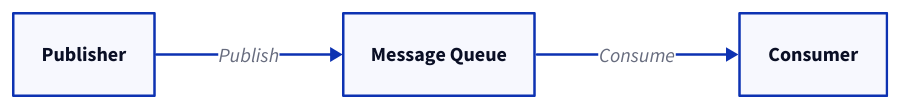
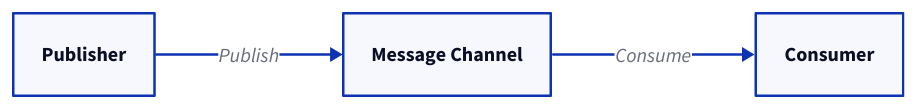
One commit to link1905/system-design-101 changed diagram 11 of 14 in content/docs/web-service/microservice.md. Above: the diagram before and after it, drawn with D2. The commit also changed other lines of this file and 52 other files, not shown here.

````diff
--- a/content/docs/web-service/microservice.md
+++ b/content/docs/web-service/microservice.md
@@ -487,14 +487,14 @@
 ```d2
 direction: right
 p: Publisher {
   class: server
 }
-m: Message Queue {
+m: Message Channel {
   class: mq
 }
 c: Consumer {
   class: server
 }
 p -> m: Publish
 c <- m: Consume
 ```
````
